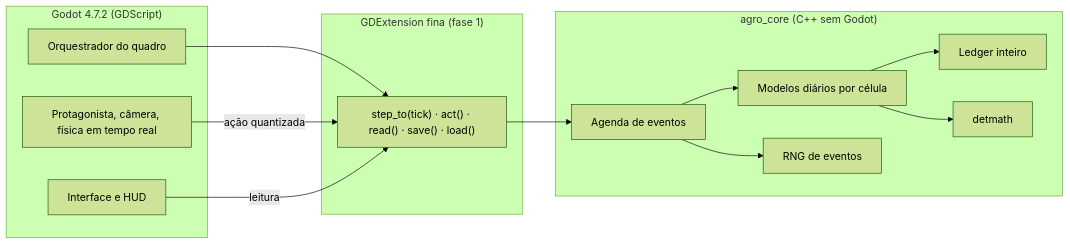
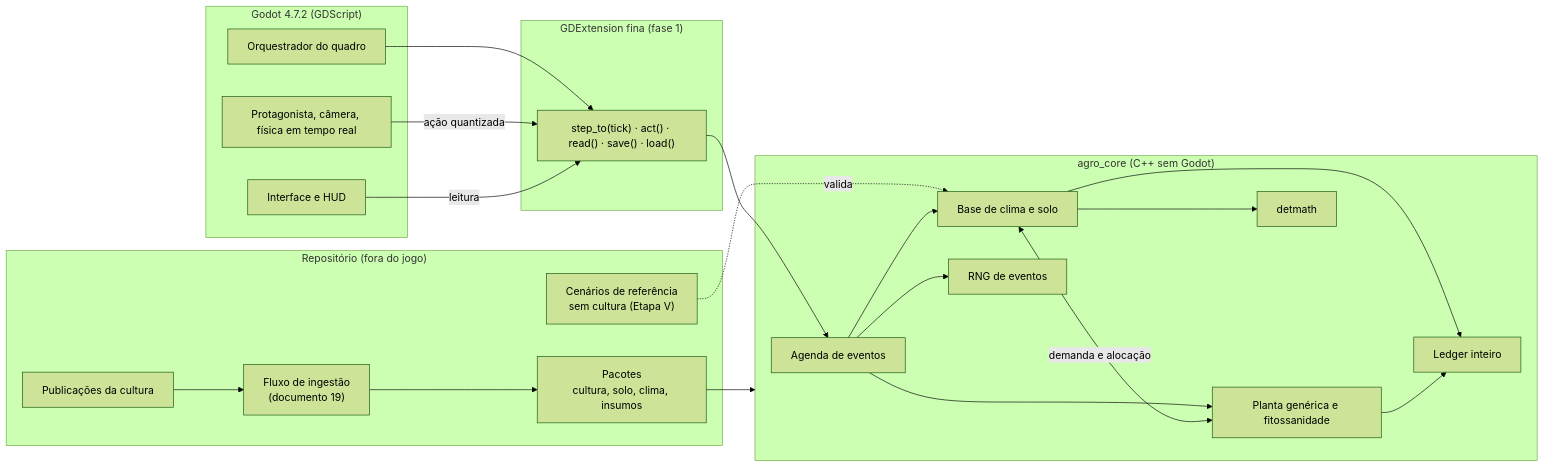
Before and after one commit to pedrooalvess1-glitch/simulador-agro: the diagram in docs/ARQUITETURA_SIMULACAO.md, drawn with Mermaid (forest theme). The commit also changed other lines of this file and 13 other files, not shown here.

First line of the commit message:
docs(docs): base de clima e solo, ingestão de cultura e modo experimento (#5)

````diff
--- a/docs/ARQUITETURA_SIMULACAO.md
+++ b/docs/ARQUITETURA_SIMULACAO.md
@@ -20,24 +21,36 @@
 ```mermaid
 flowchart LR
+  subgraph Repo["Repositório (fora do jogo)"]
+    PDF["Publicações da cultura"] --> ING["Fluxo de ingestão<br/>(documento 19)"]
+    ING --> PK["Pacotes<br/>cultura, solo, clima, insumos"]
+    VAL["Cenários de referência<br/>sem cultura (Etapa V)"]
+  end
   subgraph Godot["Godot 4.7.2 (GDScript)"]
     UI["Interface e HUD"]
     P["Protagonista, câmera, física em tempo real"]
     O["Orquestrador do quadro"]
   end
   subgraph Ext["GDExtension fina (fase 1)"]
     API["step_to(tick) · act() · read() · save() · load()"]
   end
   subgraph Core["agro_core (C++ sem Godot)"]
     S["Agenda de eventos"]
-    M["Modelos diários por célula"]
+    B["Base de clima e solo"]
+    M["Planta genérica e fitossanidade"]
     L["Ledger inteiro"]
     D["detmath"]
     R["RNG de eventos"]
   end
+  PK --> Core
+  VAL -.->|valida| B
   O --> API --> S
-  P -- "ação quantizada" --> API
-  UI -- "leitura" --> API
-  S --> M --> L
-  M --> D
+  P -->|ação quantizada| API
+  UI -->|leitura| API
+  S --> B
+  S --> M
+  B <-->|demanda e alocação| M
+  B --> L
+  M --> L
+  B --> D
   S --> R
 ```
````
